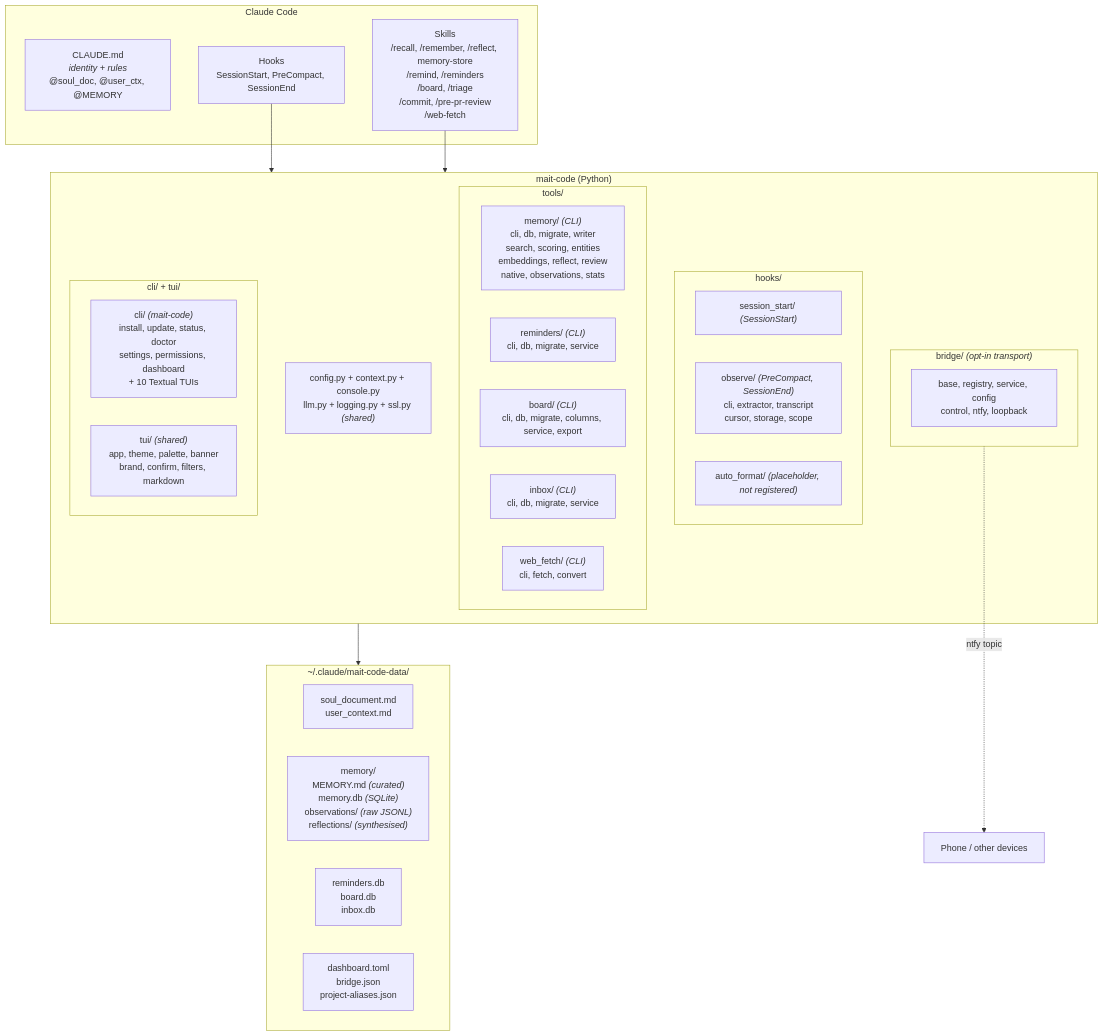
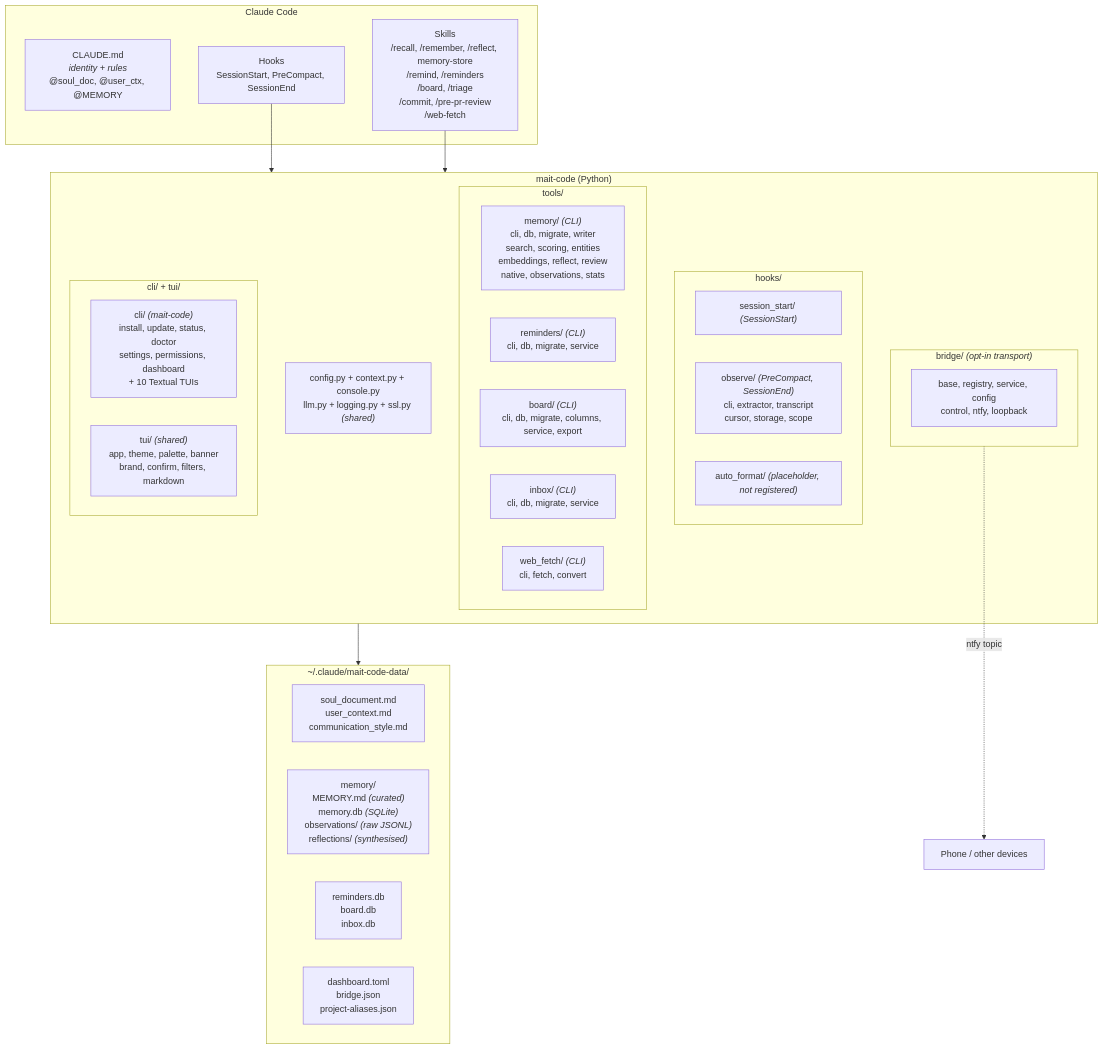
Before and after one commit to wiktordepina/mait-code: the first of 4 diagrams in docs/architecture.md, drawn with Mermaid. The commit also changed other lines of this file and 11 other files, not shown here.

````diff
--- a/docs/architecture.md
+++ b/docs/architecture.md
@@ -14,43 +14,43 @@
 ```mermaid
 graph TD
     subgraph claude_code ["Claude Code"]
         CLAUDE_MD["CLAUDE.md<br/><i>identity + rules</i><br/>@soul_doc, @user_ctx, @MEMORY"]
         HOOKS["Hooks<br/>SessionStart, PreCompact, SessionEnd"]
         SKILLS["Skills<br/>/recall, /remember, /reflect, memory-store<br/>/remind, /reminders<br/>/board, /triage<br/>/commit, /pre-pr-review<br/>/web-fetch"]
     end
 
     subgraph mait_code ["mait-code (Python)"]
         subgraph hooks_pkg ["hooks/"]
             session_start["session_start/ <i>(SessionStart)</i>"]
             observe["observe/ <i>(PreCompact, SessionEnd)</i><br/>cli, extractor, transcript<br/>cursor, storage, scope"]
             auto_format["auto_format/ <i>(placeholder, not registered)</i>"]
         end
         subgraph tools_pkg ["tools/"]
             memory_tool["memory/ <i>(CLI)</i><br/>cli, db, migrate, writer<br/>search, scoring, entities<br/>embeddings, reflect, review<br/>native, observations, stats"]
             reminders_tool["reminders/ <i>(CLI)</i><br/>cli, db, migrate, service"]
             board_tool["board/ <i>(CLI)</i><br/>cli, db, migrate, columns, service, export"]
             inbox_tool["inbox/ <i>(CLI)</i><br/>cli, db, migrate, service"]
             web_fetch_tool["web_fetch/ <i>(CLI)</i><br/>cli, fetch, convert"]
         end
         subgraph bridge_pkg ["bridge/ <i>(opt-in transport)</i>"]
             bridge_core["base, registry, service, config<br/>control, ntfy, loopback"]
         end
         subgraph ui_pkg ["cli/ + tui/"]
             cli_layer["cli/ <i>(mait-code)</i><br/>install, update, status, doctor<br/>settings, permissions, dashboard<br/>+ 10 Textual TUIs"]
             tui_layer["tui/ <i>(shared)</i><br/>app, theme, palette, banner<br/>brand, confirm, filters, markdown"]
         end
         shared["config.py + context.py + console.py<br/>llm.py + logging.py + ssl.py <i>(shared)</i>"]
     end
 
     subgraph data_dir ["~/.claude/mait-code-data/"]
-        identity["soul_document.md<br/>user_context.md"]
+        identity["soul_document.md<br/>user_context.md<br/>communication_style.md"]
         memory_store["memory/<br/>MEMORY.md <i>(curated)</i><br/>memory.db <i>(SQLite)</i><br/>observations/ <i>(raw JSONL)</i><br/>reflections/ <i>(synthesised)</i>"]
         other_dbs["reminders.db<br/>board.db<br/>inbox.db"]
         cfg["dashboard.toml<br/>bridge.json<br/>project-aliases.json"]
     end
 
     HOOKS --> mait_code
     SKILLS --> mait_code
     mait_code --> data_dir
     bridge_pkg -.->|"ntfy topic"| phone["Phone / other devices"]
 ```
````
